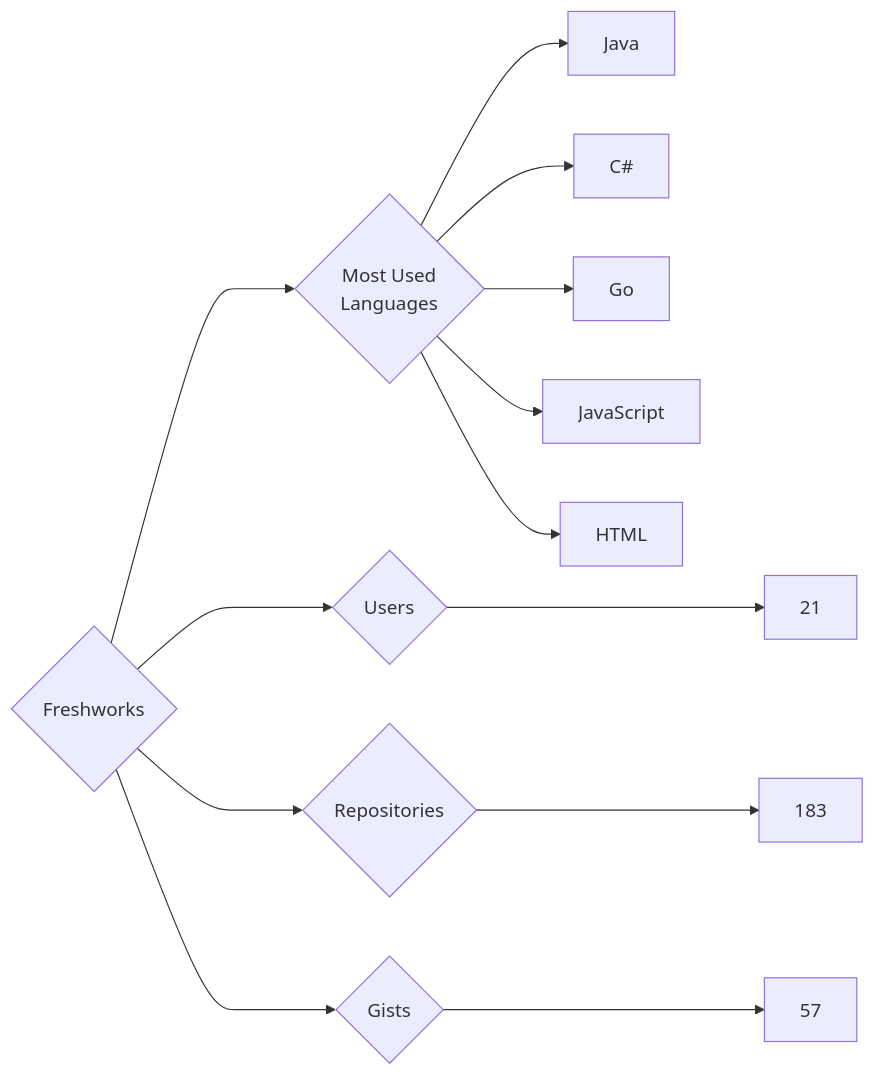
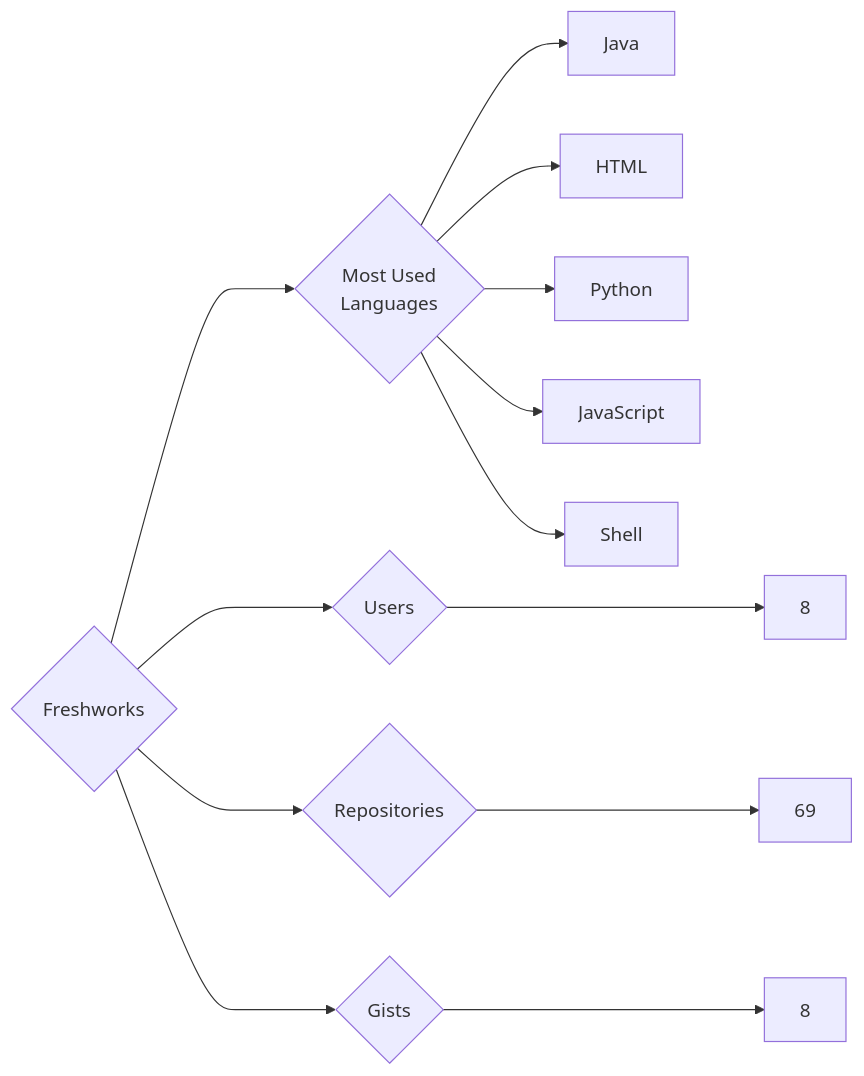
Before and after one commit to trickest/insiders: the diagram in targets/Freshworks/README.md, drawn with Mermaid. The commit also changed 838 other files, not shown here.

````diff
--- a/targets/Freshworks/README.md
+++ b/targets/Freshworks/README.md
@@ -3,13 +3,13 @@
 ```mermaid
 graph LR
 COMPANY_NAME{Freshworks}
-COMPANY_NAME ---> U{Users} ---> UN[21]
-COMPANY_NAME ---> R{Repositories} ---> RN[183]
-COMPANY_NAME ---> G{Gists} ---> GN[57]
+COMPANY_NAME ---> U{Users} ---> UN[8]
+COMPANY_NAME ---> R{Repositories} ---> RN[69]
+COMPANY_NAME ---> G{Gists} ---> GN[8]
 COMPANY_NAME ---> ML{Most Used<br>Languages}
 ML --> Java[Java]
-ML --> C#[C#]
-ML --> Go[Go]
+ML --> HTML[HTML]
+ML --> Python[Python]
 ML --> JavaScript[JavaScript]
-ML --> HTML[HTML]
+ML --> Shell[Shell]
 ```
````
